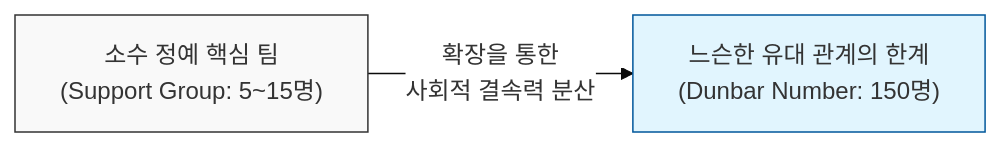
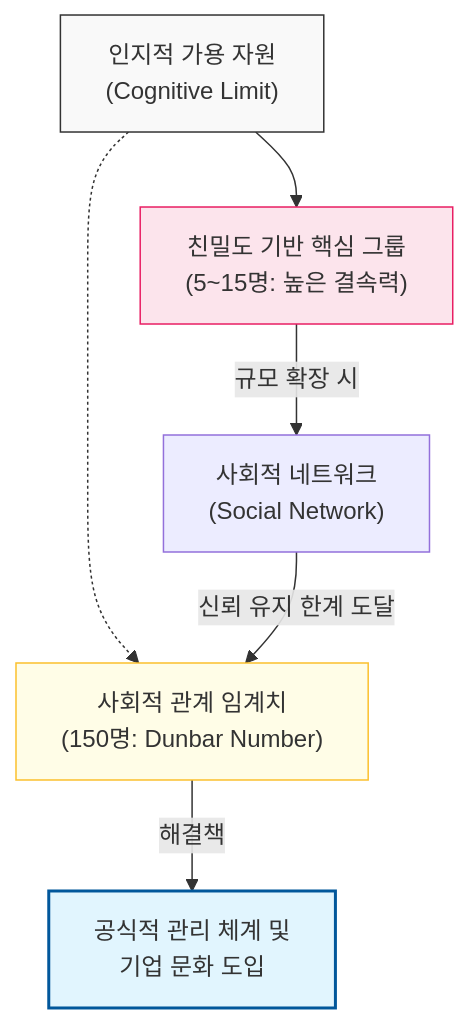
Before and after one commit to jeonck/ai-sw-engineering: the second of 2 diagrams in docs/laws/dunbars-number.md, drawn with Mermaid. The commit also changed other lines of this file and 29 other files, not shown here.

````diff
--- a/docs/laws/dunbars-number.md
+++ b/docs/laws/dunbars-number.md
@@ -29,7 +30,15 @@
 ```mermaid
-%%{init: { 'theme': 'base', 'themeVariables': { 'edgeLabelBackground': '#fff' }}}%%
-flowchart LR
-    A2["소수 정예 핵심 팀\n(Support Group: 5~15명)"] -- "확장을 통한\n사회적 결속력 분산" --> B2["느슨한 유대 관계의 한계\n(Dunbar Number: 150명)"]
-    style A2 fill:#f9f9f9,stroke:#333,stroke-width:1px
-    style B2 fill:#e1f5fe,stroke:#01579b,stroke-width:1px
+graph TD
+    Cognitive["인지적 가용 자원\n(Cognitive Limit)"] --> Intimacy["친밀도 기반 핵심 그룹\n(5~15명: 높은 결속력)"]
+    Cognitive -.-> Limit["사회적 관계 임계치\n(150명: Dunbar Number)"]
+    
+    Intimacy -- "규모 확장 시" --> Social["사회적 네트워크\n(Social Network)"]
+    Social -- "신뢰 유지 한계 도달" --> Limit
+    
+    Limit -- "해결책" --> Formal["공식적 관리 체계 및\n기업 문화 도입"]
+    
+    style Cognitive fill:#f9f9f9,stroke:#333,stroke-width:1px
+    style Intimacy fill:#fce4ec,stroke:#e91e63,stroke-width:1px
+    style Limit fill:#fffde7,stroke:#fbc02d,stroke-width:1px
+    style Formal fill:#e1f5fe,stroke:#01579b,stroke-width:2px
 ```
````
